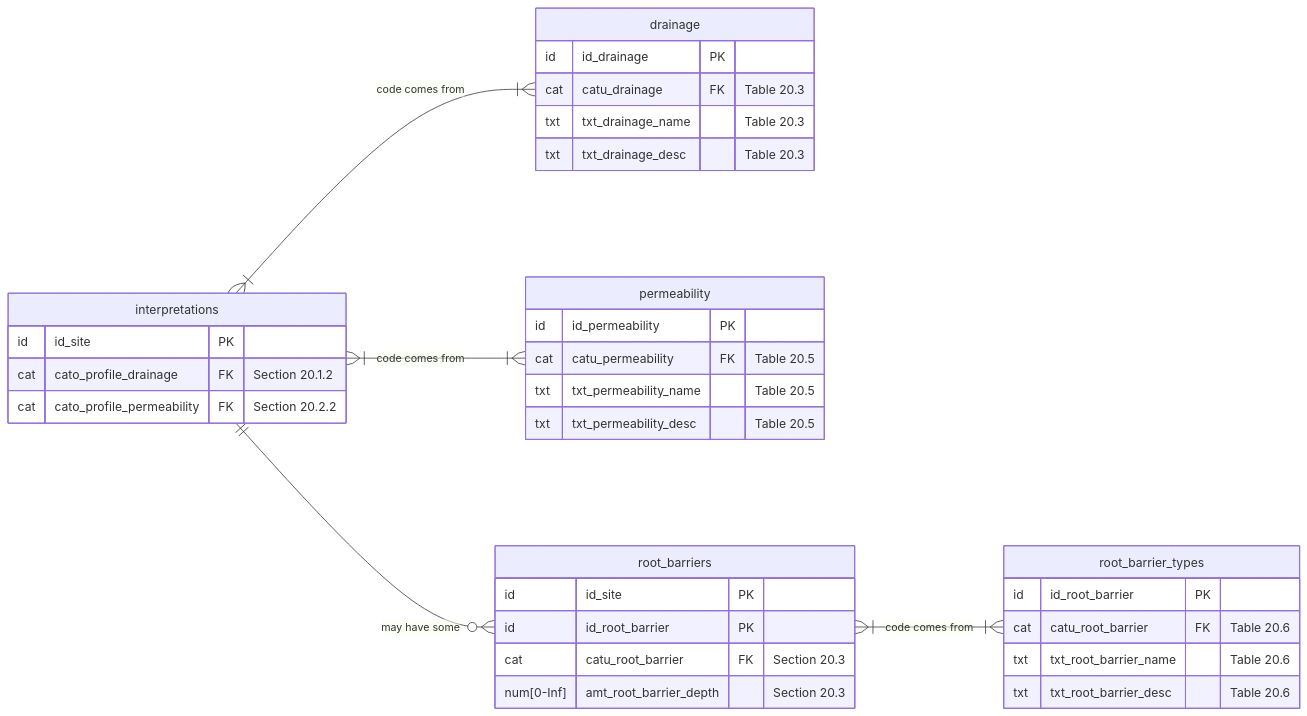
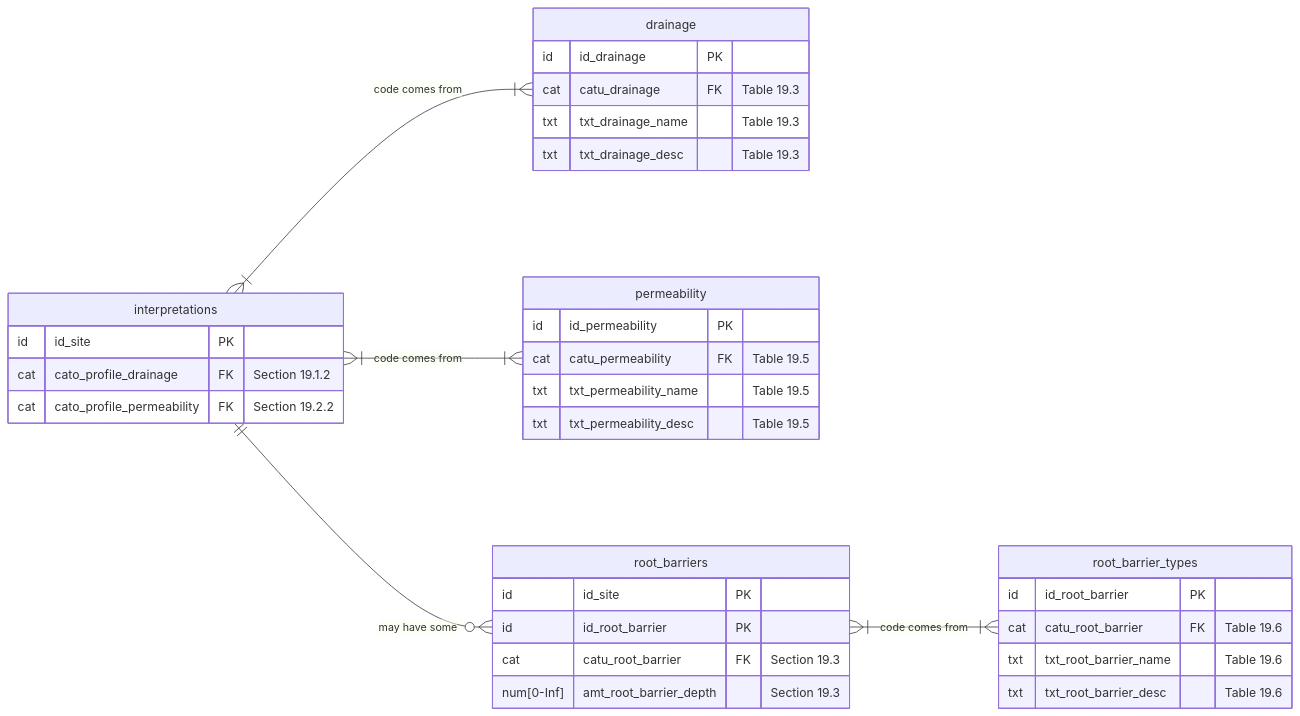
Diagram 25 of 27 in ap_03_database_design.qmd (manaakiwhenua/NZ_soildesc_2024), drawn with Mermaid before and after one commit. The commit also changed other lines of this file, not shown here.

````diff
--- a/ap_03_database_design.qmd
+++ b/ap_03_database_design.qmd
@@ -1969,51 +1963,51 @@
 ```{mermaid}
 %%| label: fig-prbehd
 %%| fig-cap: "Profile behaviour - Details"
 
 erDiagram
   direction LR
   interpretations }|--|{ drainage : "code comes from"
   interpretations }|--|{ permeability : "code comes from"
   interpretations ||--o{ root_barriers : "may have some"
   root_barriers }|--|{ root_barrier_types: "code comes from"
   
   %% data %%
   interpretations {
     id   id_site PK
-    cat  cato_profile_drainage FK      "Section 20.1.2"
-    cat  cato_profile_permeability FK  "Section 20.2.2"
+    cat  cato_profile_drainage FK      "Section 19.1.2"
+    cat  cato_profile_permeability FK  "Section 19.2.2"
   }
   
   drainage {
     id   id_drainage PK    
-    cat  catu_drainage FK   "Table 20.3"
-    txt  txt_drainage_name  "Table 20.3"
-    txt  txt_drainage_desc  "Table 20.3"
+    cat  catu_drainage FK   "Table 19.3"
+    txt  txt_drainage_name  "Table 19.3"
+    txt  txt_drainage_desc  "Table 19.3"
   }
 
   permeability {
     id   id_permeability PK    
-    cat  catu_permeability FK   "Table 20.5"
-    txt  txt_permeability_name  "Table 20.5"
-    txt  txt_permeability_desc  "Table 20.5"
+    cat  catu_permeability FK   "Table 19.5"
+    txt  txt_permeability_name  "Table 19.5"
+    txt  txt_permeability_desc  "Table 19.5"
   }
 
 
   %% data %%
   root_barriers {
     id         id_site PK
     id         id_root_barrier PK
-    cat        catu_root_barrier FK    "Section 20.3"
-    num[0-Inf] amt_root_barrier_depth  "Section 20.3"
+    cat        catu_root_barrier FK    "Section 19.3"
+    num[0-Inf] amt_root_barrier_depth  "Section 19.3"
 }
 
   root_barrier_types {
     id   id_root_barrier PK    
-    cat  catu_root_barrier FK   "Table 20.6"
-    txt  txt_root_barrier_name  "Table 20.6"
-    txt  txt_root_barrier_desc  "Table 20.6"
+    cat  catu_root_barrier FK   "Table 19.6"
+    txt  txt_root_barrier_name  "Table 19.6"
+    txt  txt_root_barrier_desc  "Table 19.6"
   }
 
 
 
 ```
````
